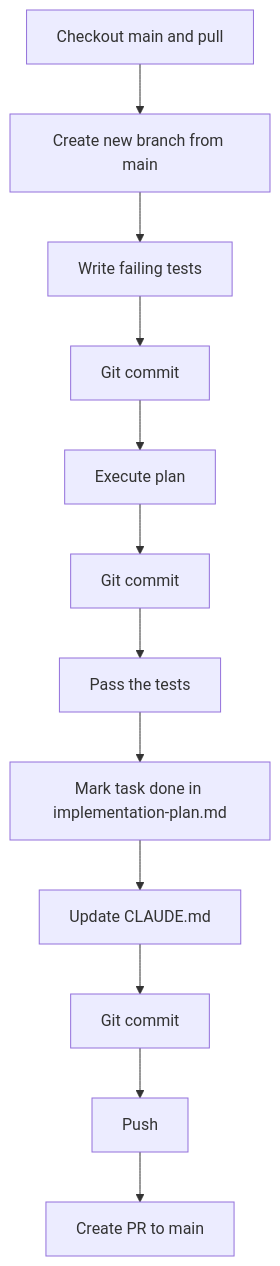
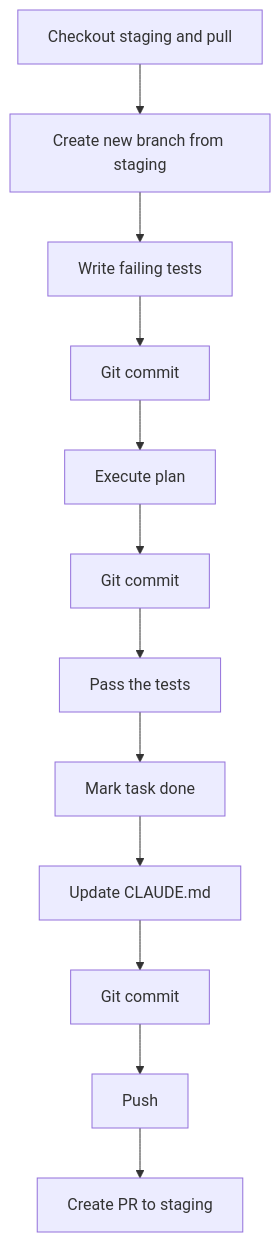
Before and after one commit to doccerz/iam-microservice: the diagram in .claude/rules/git-workflow.md, drawn with Mermaid. The commit also changed other lines of this file and 7 other files, not shown here.

First line of the commit message:
fix: resolve CI failures (Dockerfile base image + migrate schema) (#27)

````diff
--- a/.claude/rules/git-workflow.md
+++ b/.claude/rules/git-workflow.md
@@ -32,14 +33,14 @@
 ```mermaid
 graph TD
-    Y[Checkout main and pull] --> Z[Create new branch from main]
+    Y[Checkout staging and pull] --> Z[Create new branch from staging]
     Z --> A[Write failing tests]
     A --> B[Git commit]
     B --> C[Execute plan]
     C --> D[Git commit]
     D --> E[Pass the tests]
-    E --> F[Mark task done in implementation-plan.md]
+    E --> F[Mark task done]
     F --> G[Update CLAUDE.md]
     G --> H[Git commit]
     H --> I[Push]
-    I --> J[Create PR to main]
+    I --> J[Create PR to staging]
 ```
````
